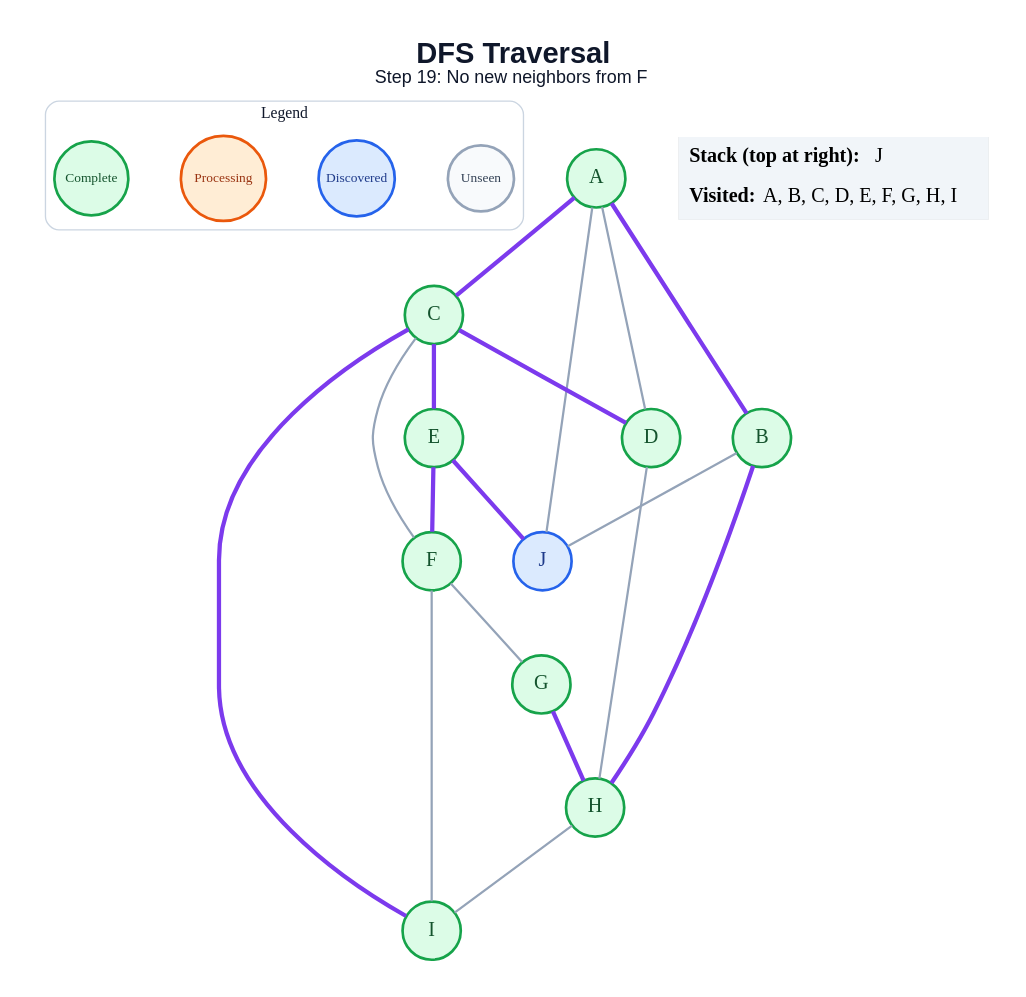
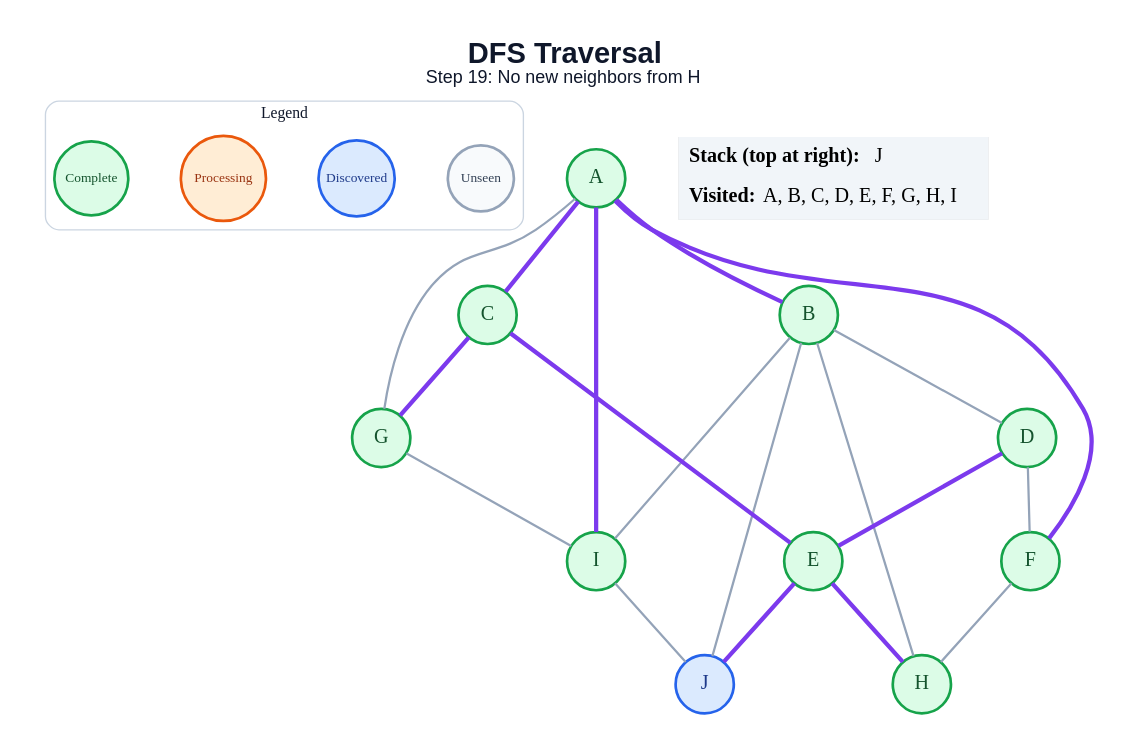
One commit to amanghodawala9/ai-slop changed the diagram in generated/specific-node/dfs/step_19.dot. Above: the diagram before and after it, drawn with Graphviz. The commit also changed 178 other files, not shown here.

```diff
--- a/generated/specific-node/dfs/step_19.dot
+++ b/generated/specific-node/dfs/step_19.dot
@@ -1,46 +1,47 @@
 graph traversal {
   graph [layout=dot, rankdir=TB, bgcolor="#FFFFFF", pad="0.35", nodesep="0.65", ranksep="0.8", fontname="Arial"];
   node [shape=circle, style="filled", fontname="Arial Bold", fontsize=18, width=0.72, fixedsize=true, penwidth=2.4];
   edge [color="#94A3B8", penwidth=2.0];
-  label=<<B>DFS Traversal</B><BR/><FONT POINT-SIZE="16">Step 19: No new neighbors from F</FONT>>; labelloc="t"; fontsize=26; fontname="Arial"; fontcolor="#0F172A";
+  label=<<B>DFS Traversal</B><BR/><FONT POINT-SIZE="16">Step 19: No new neighbors from H</FONT>>; labelloc="t"; fontsize=26; fontname="Arial"; fontcolor="#0F172A";
   subgraph cluster_legend { label="Legend"; color="#CBD5E1"; penwidth=1.2; style="rounded"; fontsize=14; fontname="Arial Bold";
     key_unseen [label="Unseen", fillcolor="#F8FAFC", color="#94A3B8", fontcolor="#334155", fontsize=12, width=0.82];
     key_frontier [label="Discovered", fillcolor="#DBEAFE", color="#2563EB", fontcolor="#1E3A8A", fontsize=12, width=0.95];
     key_current [label="Processing", fillcolor="#FFEDD5", color="#EA580C", fontcolor="#9A3412", fontsize=12, width=1.05];
     key_done [label="Complete", fillcolor="#DCFCE7", color="#16A34A", fontcolor="#14532D", fontsize=12, width=0.92];
     { rank=same; key_unseen; key_frontier; key_current; key_done; }
   }
   A [fillcolor="#DCFCE7", color="#16A34A", fontcolor="#14532D"];
   B [fillcolor="#DCFCE7", color="#16A34A", fontcolor="#14532D"];
   C [fillcolor="#DCFCE7", color="#16A34A", fontcolor="#14532D"];
   D [fillcolor="#DCFCE7", color="#16A34A", fontcolor="#14532D"];
   E [fillcolor="#DCFCE7", color="#16A34A", fontcolor="#14532D"];
   F [fillcolor="#DCFCE7", color="#16A34A", fontcolor="#14532D"];
   G [fillcolor="#DCFCE7", color="#16A34A", fontcolor="#14532D"];
   H [fillcolor="#DCFCE7", color="#16A34A", fontcolor="#14532D"];
   I [fillcolor="#DCFCE7", color="#16A34A", fontcolor="#14532D"];
   J [fillcolor="#DBEAFE", color="#2563EB", fontcolor="#1E3A8A"];
   A -- B [color="#7C3AED", penwidth=3.8];
   A -- C [color="#7C3AED", penwidth=3.8];
-  A -- D;
-  A -- J;
-  B -- H [color="#7C3AED", penwidth=3.8];
+  A -- F [color="#7C3AED", penwidth=3.8];
+  A -- G;
+  A -- I [color="#7C3AED", penwidth=3.8];
+  B -- D;
+  B -- H;
+  B -- I;
   B -- J;
-  C -- D [color="#7C3AED", penwidth=3.8];
   C -- E [color="#7C3AED", penwidth=3.8];
-  C -- F;
-  C -- I [color="#7C3AED", penwidth=3.8];
-  D -- H;
-  E -- F [color="#7C3AED", penwidth=3.8];
+  C -- G [color="#7C3AED", penwidth=3.8];
+  D -- E [color="#7C3AED", penwidth=3.8];
+  D -- F;
+  E -- H [color="#7C3AED", penwidth=3.8];
   E -- J [color="#7C3AED", penwidth=3.8];
-  F -- G;
-  F -- I;
-  G -- H [color="#7C3AED", penwidth=3.8];
-  H -- I;
+  F -- H;
+  G -- I;
+  I -- J;
   status [shape=plain, fixedsize=false, width=0, height=0, margin=0, label=<
     <TABLE BORDER="0" CELLBORDER="0" CELLPADDING="7" BGCOLOR="#F1F5F9">
       <TR><TD ALIGN="LEFT"><B>Stack (top at right):</B> J</TD></TR>
       <TR><TD ALIGN="LEFT"><B>Visited:</B> A, B, C, D, E, F, G, H, I</TD></TR>
     </TABLE>
   >];
 }
```
